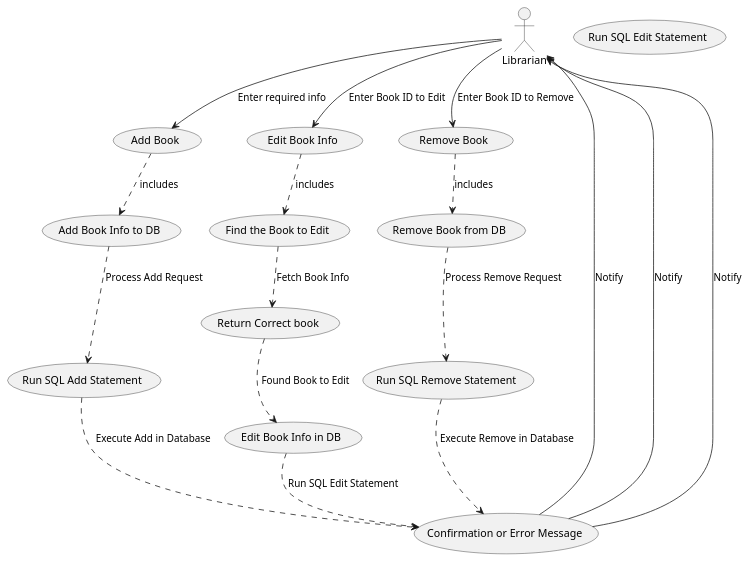
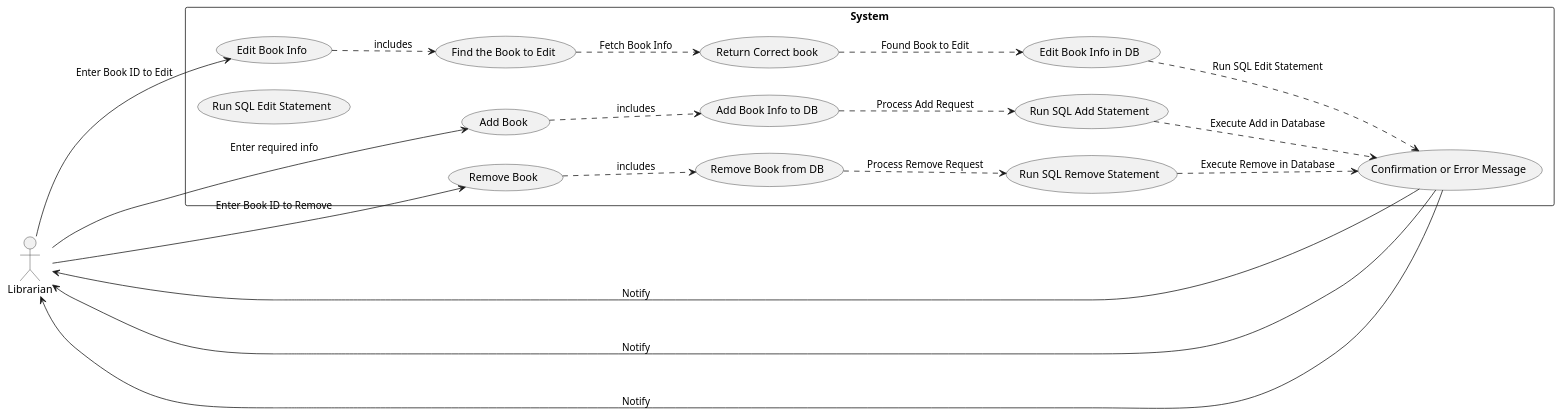
Before and after one commit to SalmaAzeem/library-system: the diagram in diagrams/UCDs/Manage Books.puml, drawn with PlantUML. The commit also changed 7 other files, not shown here.

Commit message:
Refactor to add rectangle System

```diff
--- a/diagrams/UCDs/Manage Books.puml
+++ b/diagrams/UCDs/Manage Books.puml
@@ -1,37 +1,41 @@
 @startuml
+left to right direction
 actor Librarian as lib
 
-(Add Book) as Add
-(Edit Book Info) as Edit
-(Remove Book) as Remove
-(Add Book Info to DB) as DBadd
-(Edit Book Info in DB) as DBedit
-(Remove Book from DB) as DBremove
-(Find the Book to Edit) as edit2
-(Run SQL Add Statement) as SqlAdd
-(Run SQL Edit Statement) as SqlEdit
-(Run SQL Remove Statement) as SqlRemove
-(Confirmation or Error Message) as Confirm
-(Return Correct book) as foundBook
+rectangle "System" {
+    (Add Book) as Add
+    (Edit Book Info) as Edit
+    (Remove Book) as Remove
+    (Add Book Info to DB) as DBadd
+    (Edit Book Info in DB) as DBedit
+    (Remove Book from DB) as DBremove
+    (Find the Book to Edit) as edit2
+    (Run SQL Add Statement) as SqlAdd
+    (Run SQL Edit Statement) as SqlEdit
+    (Run SQL Remove Statement) as SqlRemove
+    (Confirmation or Error Message) as Confirm
+    (Return Correct book) as foundBook
+}
+
 
 lib -down-> Add : Enter required info
 lib -down-> Edit : Enter Book ID to Edit
 lib -down-> Remove : Enter Book ID to Remove
 
 Add .down.> DBadd : includes
 DBadd .down.> SqlAdd : Process Add Request
 SqlAdd .down.> Confirm : Execute Add in Database
 Confirm -up-> lib : Notify
 
 Edit .down.> edit2 : includes
 edit2 .down.> foundBook : Fetch Book Info
 foundBook ..> DBedit : Found Book to Edit
 DBedit -down.> Confirm : Run SQL Edit Statement
 Confirm -up-> lib : Notify
 
 Remove -down.> DBremove : includes
 DBremove -down.> SqlRemove : Process Remove Request
 SqlRemove -down.> Confirm : Execute Remove in Database
 Confirm -up-> lib : Notify
 
 @enduml
```
